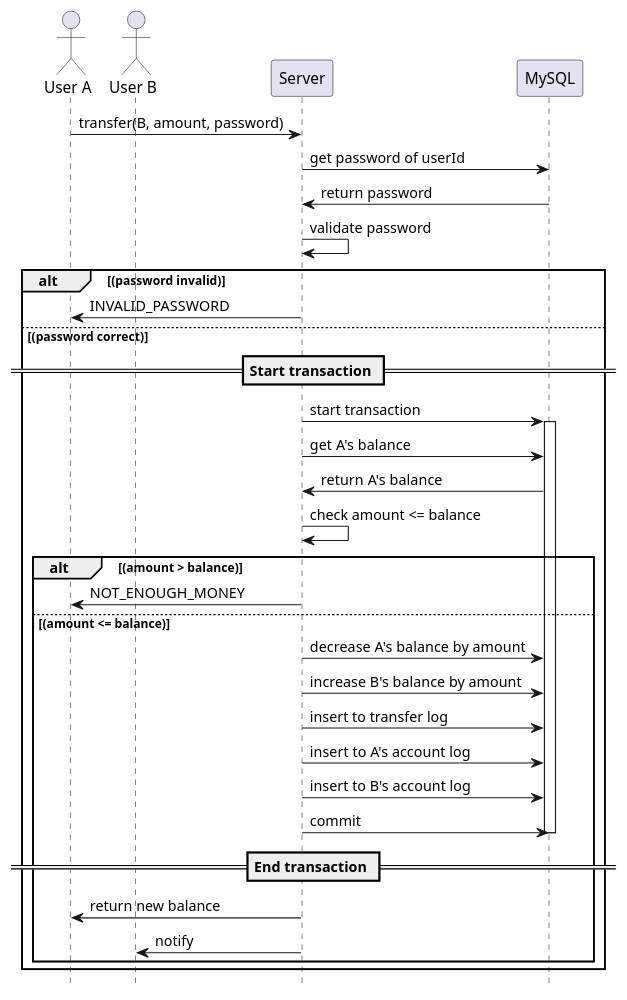
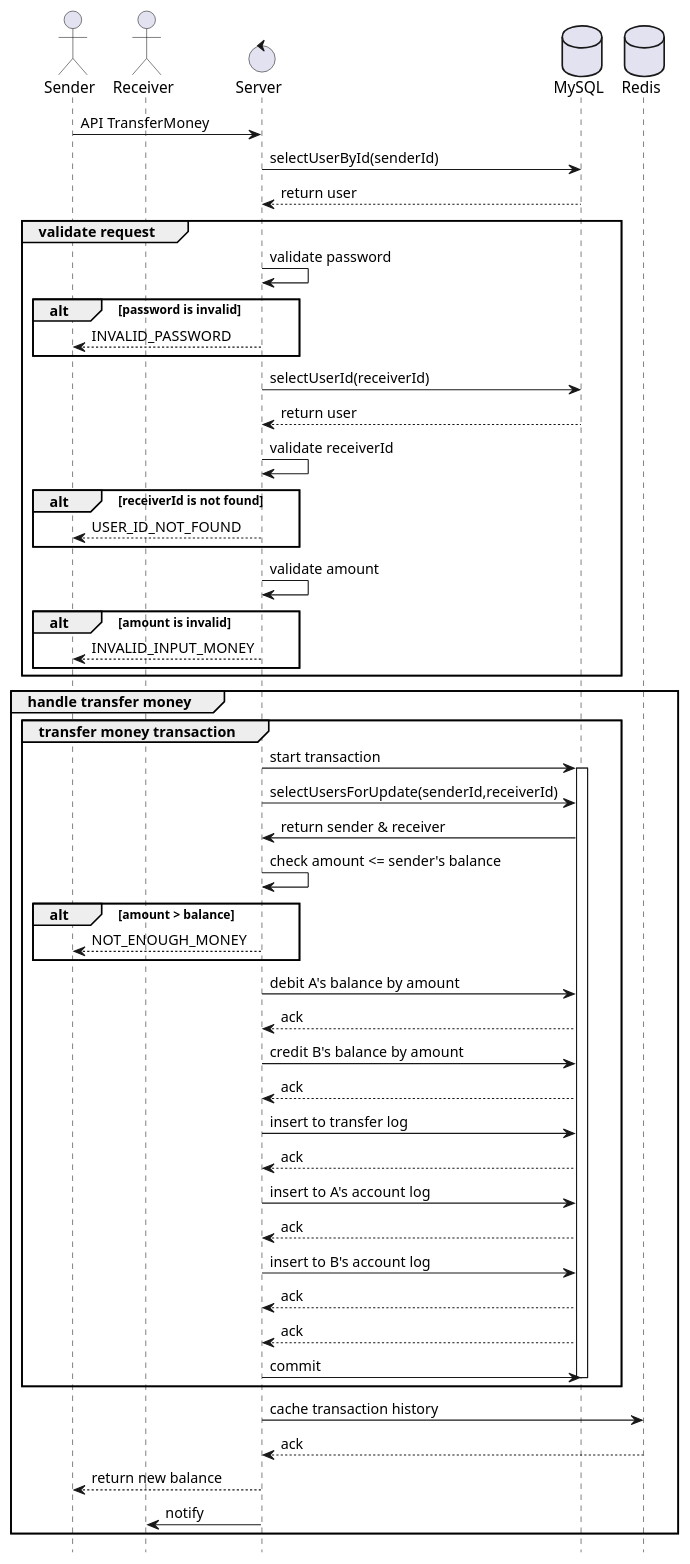
One commit to noradomi/foo-app changed the diagram in documents/sequence diagrams/transfer-money.puml. Above: the diagram before and after it, drawn with PlantUML. The commit also changed 55 other files, not shown here.

```diff
--- a/documents/sequence diagrams/transfer-money.puml
+++ b/documents/sequence diagrams/transfer-money.puml
@@ -1,33 +1,58 @@
 @startuml transfer-money
 hide footbox
-actor "User A"
-actor "User B"
-"User A" -> "Server": transfer(B, amount, password)
-"Server" -> "MySQL": get password of userId 
-"MySQL" -> "Server": return password
+actor "Sender"
+actor "Receiver"
+control "Server"
+database "MySQL"
+database "Redis"
+"Sender" -> "Server": API TransferMoney
+"Server" -> "MySQL": selectUserById(senderId)
+"MySQL" --> "Server": return user
+
+group validate request
 "Server" -> "Server": validate password
-alt (password invalid)
-"Server" -> "User A": INVALID_PASSWORD
-else (password correct)
-== Start transaction ==
-"Server" -> "MySQL": start transaction
-activate MySQL
-"Server" -> "MySQL": get A's balance
-"MySQL" -> "Server": return A's balance
-"Server" -> "Server" : check amount <= balance
-alt  (amount > balance)
-"Server" -> "User A": NOT_ENOUGH_MONEY
-else (amount <= balance)
-"Server" -> "MySQL" : decrease A's balance by amount
-"Server" -> "MySQL" : increase B's balance by amount
-"Server" -> "MySQL" : insert to transfer log
-"Server" -> "MySQL" : insert to A's account log
-"Server" -> "MySQL" : insert to B's account log
-"Server" -> "MySQL" : commit
-== End transaction ==
-deactivate MySQL
-"Server" -> "User A": return new balance
-"Server" -> "User B" : notify
+  alt password is invalid
+  "Server" --> "Sender": INVALID_PASSWORD
+  end
+  "Server" -> "MySQL": selectUserId(receiverId)
+  "MySQL" --> "Server": return user
+  "Server" -> "Server": validate receiverId
+  alt receiverId is not found
+  "Server" --> "Sender": USER_ID_NOT_FOUND
+  end
+  "Server" -> "Server": validate amount
+  alt amount is invalid
+  "Server" --> "Sender": INVALID_INPUT_MONEY
+  end
 end
+
+group handle transfer money
+  group transfer money transaction
+    "Server" -> "MySQL": start transaction
+    activate MySQL
+    "Server" -> "MySQL": selectUsersForUpdate(senderId,receiverId)
+    "MySQL" -> "Server": return sender & receiver
+    "Server" -> "Server" : check amount <= sender's balance
+    alt  amount > balance
+    "Server" --> "Sender": NOT_ENOUGH_MONEY
+    end
+    "Server" -> "MySQL" : debit A's balance by amount
+    "MySQL" --> "Server": ack
+    "Server" -> "MySQL" : credit B's balance by amount
+    "MySQL" --> "Server": ack
+    "Server" -> "MySQL" : insert to transfer log
+    "MySQL" --> "Server": ack
+    "Server" -> "MySQL" : insert to A's account log
+    "MySQL" --> "Server": ack
+    "Server" -> "MySQL" : insert to B's account log
+    "MySQL" --> "Server": ack
+    "MySQL" --> "Server": ack
+    "Server" -> "MySQL" : commit
+    deactivate MySQL
+    end
+    "Server" -> "Redis": cache transaction history
+    "Redis" --> "Server": ack
+    "Server" --> "Sender": return new balance
+    "Server" -> "Receiver" : notify
 end
 @enduml
```
